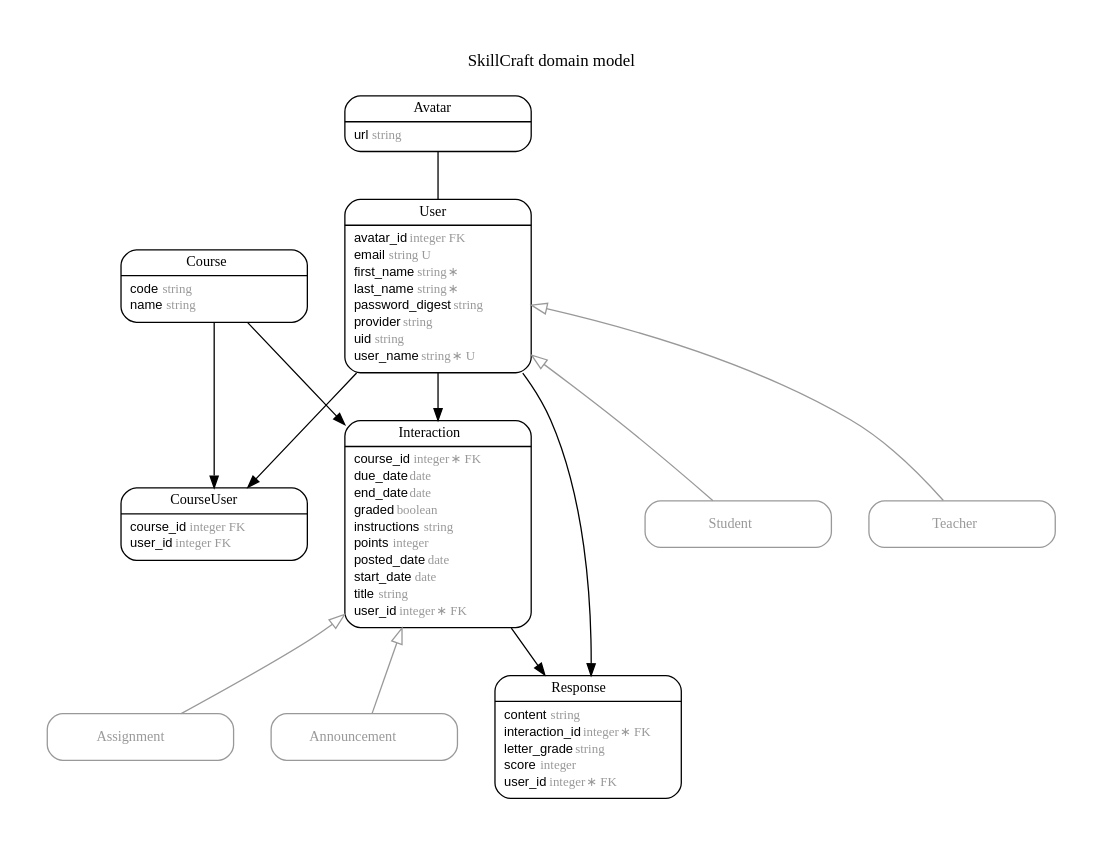
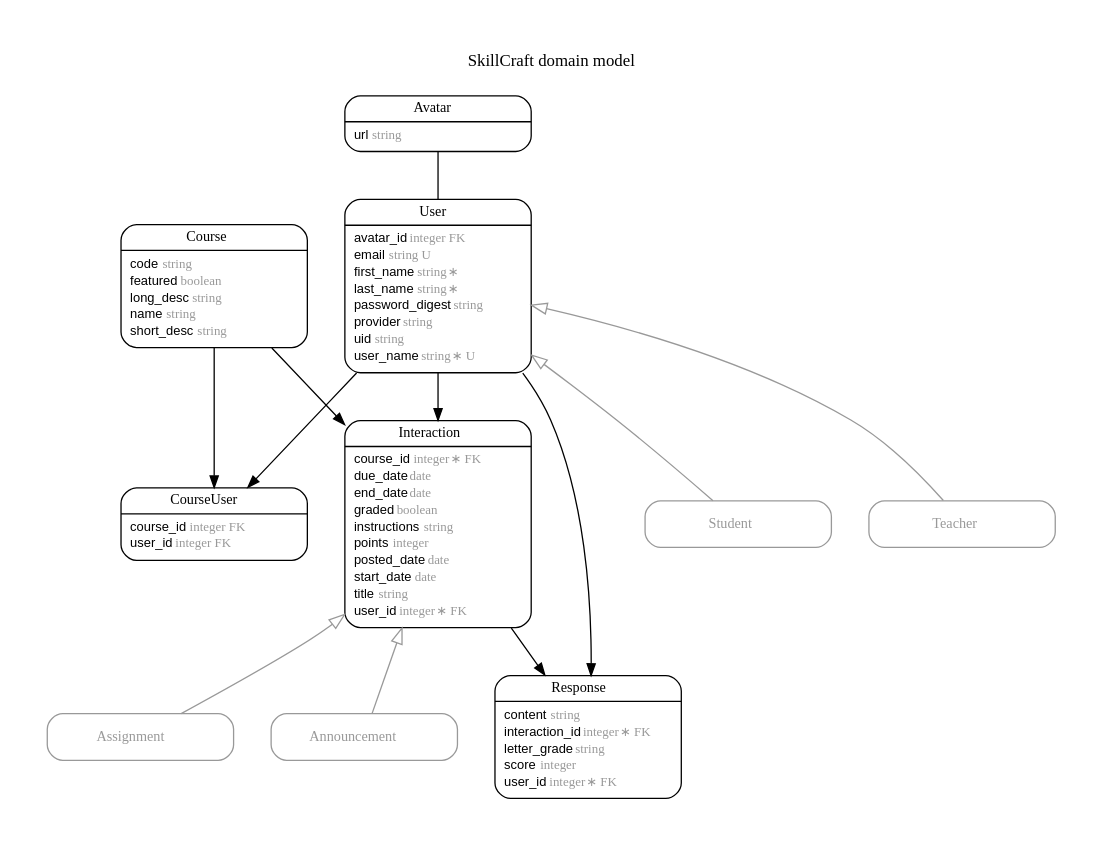
The diagram in erd.dot (FergusDevelopmentLLC/skillcraft), drawn with Graphviz before and after one commit. The commit also changed 11 other files, not shown here.

```diff
--- a/erd.dot
+++ b/erd.dot
@@ -1,113 +1,116 @@
 digraph SkillCraft {
 rankdir = "LR";
 ranksep = "0.5";
 nodesep = "0.4";
 pad = "0.4,0.4";
 margin = "0,0";
 concentrate = "true";
 labelloc = "t";
 fontsize = "13";
 fontname = "Arial Bold";
 splines = "spline";
 node[ shape  =  "Mrecord" , fontsize  =  "10" , fontname  =  "Arial" , margin  =  "0.07,0.05" , penwidth  =  "1.0"];
 edge[ fontname  =  "Arial" , fontsize  =  "7" , dir  =  "both" , arrowsize  =  "0.9" , penwidth  =  "1.0" , labelangle  =  "32" , labeldistance  =  "1.8"];
 rankdir = "TB";
 label = "SkillCraft domain model\n\n";
 m_Announcement [color = "grey60", fontcolor = "grey60", label = <{<table border="0" align="center" cellspacing="0.5" cellpadding="0" width="134">
   <tr><td align="center" valign="bottom" width="130"><font face="Arial Bold" point-size="11">Announcement</font></td></tr>
 </table>
 }>];
 m_Assignment [color = "grey60", fontcolor = "grey60", label = <{<table border="0" align="center" cellspacing="0.5" cellpadding="0" width="134">
   <tr><td align="center" valign="bottom" width="130"><font face="Arial Bold" point-size="11">Assignment</font></td></tr>
 </table>
 }>];
 m_Avatar [label = <{<table border="0" align="center" cellspacing="0.5" cellpadding="0" width="134">
   <tr><td align="center" valign="bottom" width="130"><font face="Arial Bold" point-size="11">Avatar</font></td></tr>
 </table>
 |
 <table border="0" align="left" cellspacing="2" cellpadding="0" width="134">
   <tr><td align="left" width="130" port="url">url <font face="Arial Italic" color="grey60">string</font></td></tr>
 </table>
 }>];
 m_Course [label = <{<table border="0" align="center" cellspacing="0.5" cellpadding="0" width="134">
   <tr><td align="center" valign="bottom" width="130"><font face="Arial Bold" point-size="11">Course</font></td></tr>
 </table>
 |
 <table border="0" align="left" cellspacing="2" cellpadding="0" width="134">
   <tr><td align="left" width="130" port="code">code <font face="Arial Italic" color="grey60">string</font></td></tr>
+  <tr><td align="left" width="130" port="featured">featured <font face="Arial Italic" color="grey60">boolean</font></td></tr>
+  <tr><td align="left" width="130" port="long_desc">long_desc <font face="Arial Italic" color="grey60">string</font></td></tr>
   <tr><td align="left" width="130" port="name">name <font face="Arial Italic" color="grey60">string</font></td></tr>
+  <tr><td align="left" width="130" port="short_desc">short_desc <font face="Arial Italic" color="grey60">string</font></td></tr>
 </table>
 }>];
 m_CourseUser [label = <{<table border="0" align="center" cellspacing="0.5" cellpadding="0" width="134">
   <tr><td align="center" valign="bottom" width="130"><font face="Arial Bold" point-size="11">CourseUser</font></td></tr>
 </table>
 |
 <table border="0" align="left" cellspacing="2" cellpadding="0" width="134">
   <tr><td align="left" width="130" port="course_id">course_id <font face="Arial Italic" color="grey60">integer FK</font></td></tr>
   <tr><td align="left" width="130" port="user_id">user_id <font face="Arial Italic" color="grey60">integer FK</font></td></tr>
 </table>
 }>];
 m_Interaction [label = <{<table border="0" align="center" cellspacing="0.5" cellpadding="0" width="134">
   <tr><td align="center" valign="bottom" width="130"><font face="Arial Bold" point-size="11">Interaction</font></td></tr>
 </table>
 |
 <table border="0" align="left" cellspacing="2" cellpadding="0" width="134">
   <tr><td align="left" width="130" port="course_id">course_id <font face="Arial Italic" color="grey60">integer ∗ FK</font></td></tr>
   <tr><td align="left" width="130" port="due_date">due_date <font face="Arial Italic" color="grey60">date</font></td></tr>
   <tr><td align="left" width="130" port="end_date">end_date <font face="Arial Italic" color="grey60">date</font></td></tr>
   <tr><td align="left" width="130" port="graded">graded <font face="Arial Italic" color="grey60">boolean</font></td></tr>
   <tr><td align="left" width="130" port="instructions">instructions <font face="Arial Italic" color="grey60">string</font></td></tr>
   <tr><td align="left" width="130" port="points">points <font face="Arial Italic" color="grey60">integer</font></td></tr>
   <tr><td align="left" width="130" port="posted_date">posted_date <font face="Arial Italic" color="grey60">date</font></td></tr>
   <tr><td align="left" width="130" port="start_date">start_date <font face="Arial Italic" color="grey60">date</font></td></tr>
   <tr><td align="left" width="130" port="title">title <font face="Arial Italic" color="grey60">string</font></td></tr>
   <tr><td align="left" width="130" port="user_id">user_id <font face="Arial Italic" color="grey60">integer ∗ FK</font></td></tr>
 </table>
 }>];
 m_Response [label = <{<table border="0" align="center" cellspacing="0.5" cellpadding="0" width="134">
   <tr><td align="center" valign="bottom" width="130"><font face="Arial Bold" point-size="11">Response</font></td></tr>
 </table>
 |
 <table border="0" align="left" cellspacing="2" cellpadding="0" width="134">
   <tr><td align="left" width="130" port="content">content <font face="Arial Italic" color="grey60">string</font></td></tr>
   <tr><td align="left" width="130" port="interaction_id">interaction_id <font face="Arial Italic" color="grey60">integer ∗ FK</font></td></tr>
   <tr><td align="left" width="130" port="letter_grade">letter_grade <font face="Arial Italic" color="grey60">string</font></td></tr>
   <tr><td align="left" width="130" port="score">score <font face="Arial Italic" color="grey60">integer</font></td></tr>
   <tr><td align="left" width="130" port="user_id">user_id <font face="Arial Italic" color="grey60">integer ∗ FK</font></td></tr>
 </table>
 }>];
 m_Student [color = "grey60", fontcolor = "grey60", label = <{<table border="0" align="center" cellspacing="0.5" cellpadding="0" width="134">
   <tr><td align="center" valign="bottom" width="130"><font face="Arial Bold" point-size="11">Student</font></td></tr>
 </table>
 }>];
 m_Teacher [color = "grey60", fontcolor = "grey60", label = <{<table border="0" align="center" cellspacing="0.5" cellpadding="0" width="134">
   <tr><td align="center" valign="bottom" width="130"><font face="Arial Bold" point-size="11">Teacher</font></td></tr>
 </table>
 }>];
 m_User [label = <{<table border="0" align="center" cellspacing="0.5" cellpadding="0" width="134">
   <tr><td align="center" valign="bottom" width="130"><font face="Arial Bold" point-size="11">User</font></td></tr>
 </table>
 |
 <table border="0" align="left" cellspacing="2" cellpadding="0" width="134">
   <tr><td align="left" width="130" port="avatar_id">avatar_id <font face="Arial Italic" color="grey60">integer FK</font></td></tr>
   <tr><td align="left" width="130" port="email">email <font face="Arial Italic" color="grey60">string U</font></td></tr>
   <tr><td align="left" width="130" port="first_name">first_name <font face="Arial Italic" color="grey60">string ∗</font></td></tr>
   <tr><td align="left" width="130" port="last_name">last_name <font face="Arial Italic" color="grey60">string ∗</font></td></tr>
   <tr><td align="left" width="130" port="password_digest">password_digest <font face="Arial Italic" color="grey60">string</font></td></tr>
   <tr><td align="left" width="130" port="provider">provider <font face="Arial Italic" color="grey60">string</font></td></tr>
   <tr><td align="left" width="130" port="uid">uid <font face="Arial Italic" color="grey60">string</font></td></tr>
   <tr><td align="left" width="130" port="user_name">user_name <font face="Arial Italic" color="grey60">string ∗ U</font></td></tr>
 </table>
 }>];
   m_Interaction -> m_Announcement [color = "grey60", arrowtail = "onormal", arrowhead = "none", arrowsize = "1.2"];
   m_Interaction -> m_Assignment [color = "grey60", arrowtail = "onormal", arrowhead = "none", arrowsize = "1.2"];
   m_User -> m_Student [color = "grey60", arrowtail = "onormal", arrowhead = "none", arrowsize = "1.2"];
   m_User -> m_Teacher [color = "grey60", arrowtail = "onormal", arrowhead = "none", arrowsize = "1.2"];
   m_User -> m_Response [arrowhead = "normal", arrowtail = "none", weight = "4"];
   m_User -> m_Interaction [arrowhead = "normal", arrowtail = "none", weight = "6"];
   m_User -> m_CourseUser [arrowhead = "normal", arrowtail = "none", weight = "4"];
   m_Avatar -> m_User [arrowhead = "none", arrowtail = "none", weight = "4"];
   m_Course -> m_Interaction [arrowhead = "normal", arrowtail = "none", weight = "4"];
   m_Interaction -> m_Response [arrowhead = "normal", arrowtail = "none", weight = "4"];
   m_Course -> m_CourseUser [arrowhead = "normal", arrowtail = "none", weight = "2"];
 }
```
